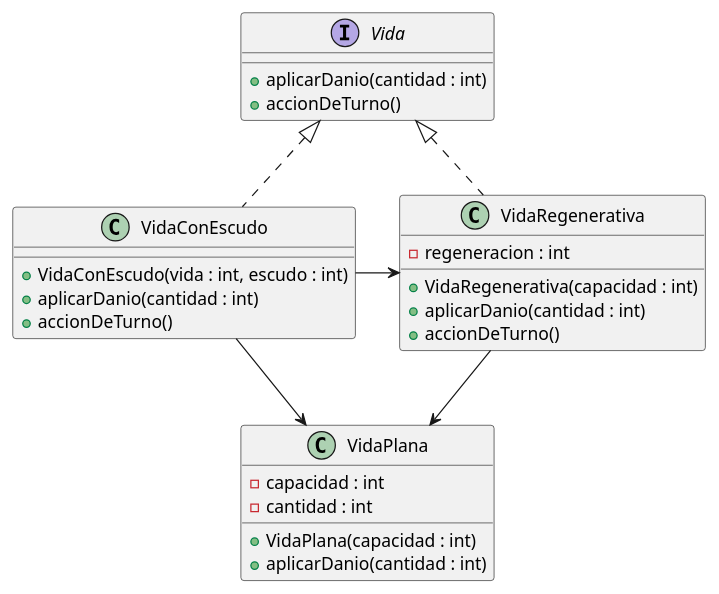
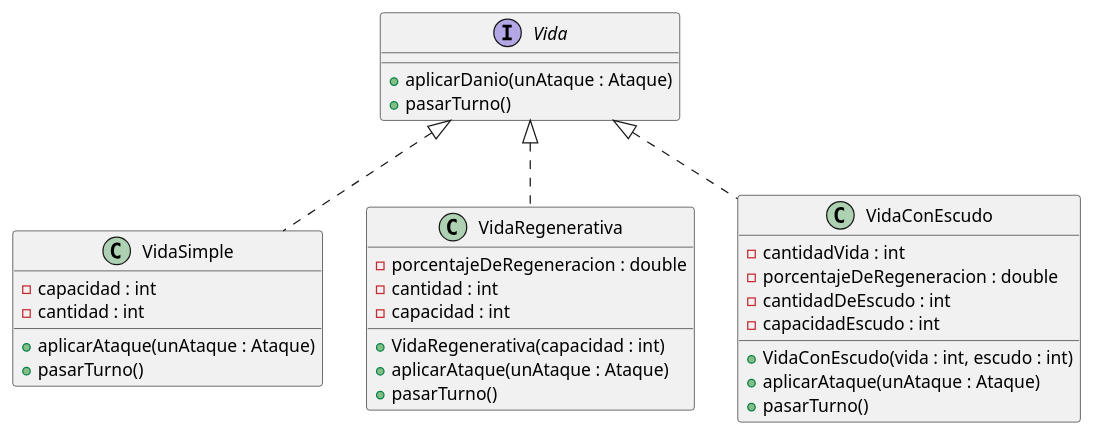
One commit to gabrielzitelli/Algo3_TP2_AlgoStar changed the diagram in diagrams/classes/sistema_vida.plantuml. Above: the diagram before and after it, drawn with PlantUML. The commit also changed 3 other files, not shown here.

Commit message:
Agregue diagramas de clases de Imperio/Vida/Ataque/AlgoStar

```diff
--- a/diagrams/classes/sistema_vida.plantuml
+++ b/diagrams/classes/sistema_vida.plantuml
@@ -1,35 +1,41 @@
 @startuml
 
 interface Vida {
-    + aplicarDanio(cantidad : int)
-    + accionDeTurno()
+    + aplicarDanio(unAtaque : Ataque)
+    + pasarTurno()
 }
 
-class VidaPlana {
+class VidaSimple {
     - capacidad : int
     - cantidad : int
-    + VidaPlana(capacidad : int)
-    + aplicarDanio(cantidad : int)
+
+    + aplicarAtaque(unAtaque : Ataque)
+    + pasarTurno()
 }
 
 class VidaRegenerativa {
-    - regeneracion : int
+    - porcentajeDeRegeneracion : double
+    - cantidad : int
+    - capacidad : int
+
     + VidaRegenerativa(capacidad : int)
-    + aplicarDanio(cantidad : int)
-    + accionDeTurno()
+    + aplicarAtaque(unAtaque : Ataque)
+    + pasarTurno()
 }
 
 class VidaConEscudo {
+    - cantidadVida : int
+    - porcentajeDeRegeneracion : double
+    - cantidadDeEscudo : int
+    - capacidadEscudo : int
+
     + VidaConEscudo(vida : int, escudo : int)
-    + aplicarDanio(cantidad : int)
-    + accionDeTurno()
+    + aplicarAtaque(unAtaque : Ataque)
+    + pasarTurno()
 }
 
 Vida <|.. VidaRegenerativa
 Vida <|.. VidaConEscudo
-
-VidaRegenerativa --> VidaPlana
-VidaConEscudo --> VidaPlana
-VidaConEscudo -> VidaRegenerativa
+Vida <|.. VidaSimple
 
 @enduml
```
